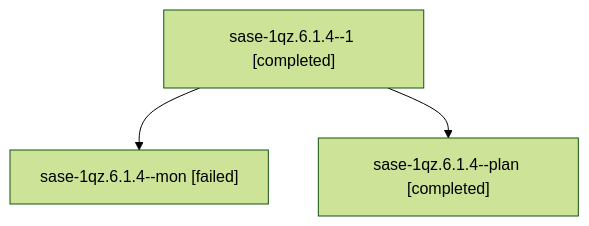
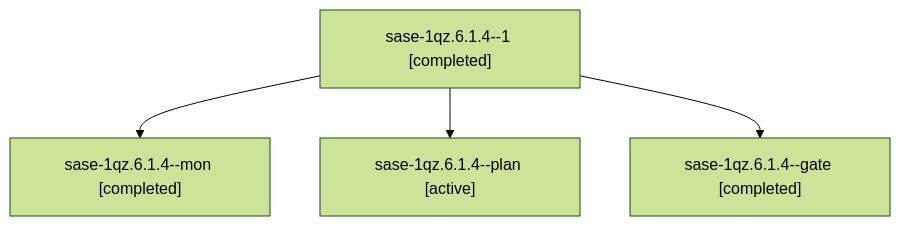
One commit to sase-org/sase--agents changed the diagram in sessions/bbugyi200.athena.sase-1qz.6.1.4.md. Above: the diagram before and after it, drawn with Mermaid (forest theme). The commit also changed other lines of this file and 83 other files, not shown here.

````diff
--- a/sessions/bbugyi200.athena.sase-1qz.6.1.4.md
+++ b/sessions/bbugyi200.athena.sase-1qz.6.1.4.md
@@ -9,8 +9,10 @@
 ```mermaid
 flowchart TD
   n0["sase-1qz.6.1.4--1 [completed]"]
-  n1["sase-1qz.6.1.4--mon [failed]"]
+  n1["sase-1qz.6.1.4--mon [completed]"]
   n0 --> n1
-  n2["sase-1qz.6.1.4--plan [completed]"]
+  n2["sase-1qz.6.1.4--plan [active]"]
   n0 --> n2
+  n3["sase-1qz.6.1.4--gate [completed]"]
+  n0 --> n3
 ```
````
